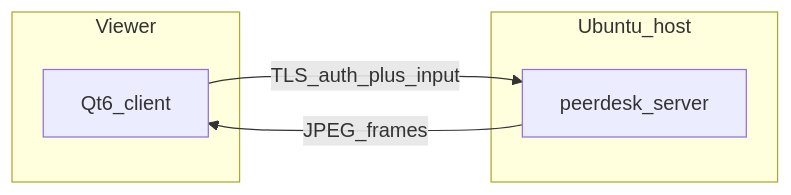
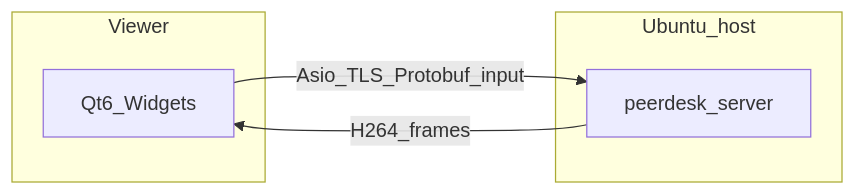
The diagram in README.md (ArmaghanAsghar/TeamViewer), drawn with Mermaid before and after one commit. The commit also changed other lines of this file and 50 other files, not shown here.

````diff
--- a/README.md
+++ b/README.md
@@ -7,11 +7,11 @@
 ```mermaid
 flowchart LR
   subgraph viewer [Viewer]
-    QtUI[Qt6_client]
+    QtUI[Qt6_Widgets]
   end
   subgraph host [Ubuntu_host]
     Srv[peerdesk_server]
   end
-  QtUI -->|"TLS_auth_plus_input"| Srv
-  Srv -->|"JPEG_frames"| QtUI
+  QtUI -->|"Asio_TLS_Protobuf_input"| Srv
+  Srv -->|"H264_frames"| QtUI
 ```
````
